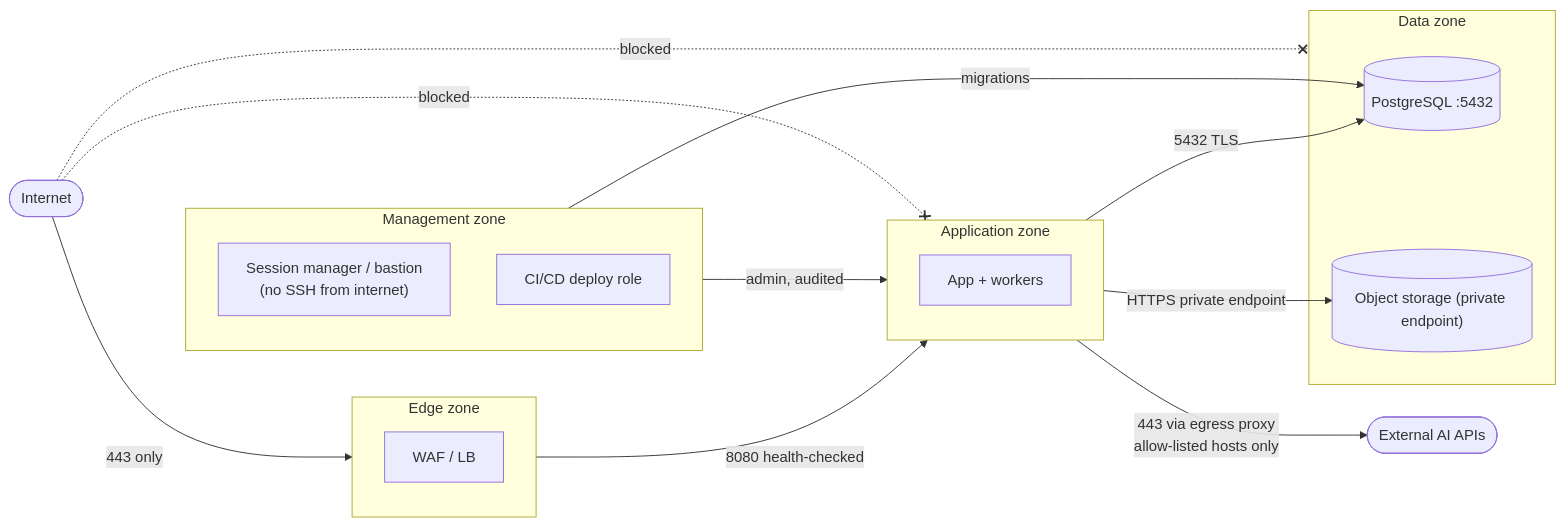
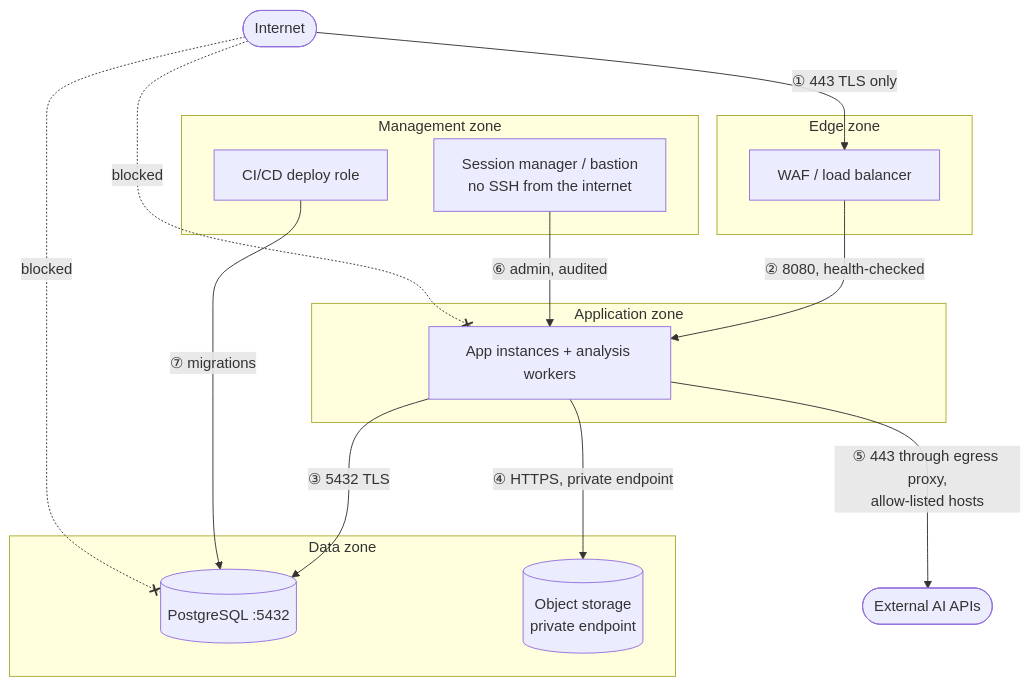
The diagram in docs/diagrams/12-network-zones.mmd (SarvariVin/ttb-label-verification), drawn with Mermaid before and after one commit. The commit also changed 251 other files, not shown here.

```diff
--- a/docs/diagrams/12-network-zones.mmd
+++ b/docs/diagrams/12-network-zones.mmd
@@ -1,25 +1,28 @@
-%% Infrastructure — network zones and allowed flows (deny by default)
-flowchart LR
-    internet(["Internet"]) -->|"443 only"| edge
+%% Infrastructure — network zones; deny by default, numbered flows are the only ones allowed
+flowchart TB
+    internet(["Internet"])
     subgraph edge["Edge zone"]
-        waf["WAF / LB"]
+        waf["WAF / load balancer"]
     end
     subgraph app["Application zone"]
-        svc["App + workers"]
+        svc["App instances + analysis workers"]
     end
     subgraph data["Data zone"]
         db[("PostgreSQL :5432")]
-        obj[("Object storage (private endpoint)")]
+        obj[("Object storage<br/>private endpoint")]
     end
     subgraph mgmt["Management zone"]
-        bastion["Session manager / bastion<br/>(no SSH from internet)"]
+        bastion["Session manager / bastion<br/>no SSH from the internet"]
         ci["CI/CD deploy role"]
     end
-    edge -->|"8080 health-checked"| app
-    app -->|"5432 TLS"| db
-    app -->|"HTTPS private endpoint"| obj
-    app -->|"443 via egress proxy<br/>allow-listed hosts only"| out(["External AI APIs"])
-    mgmt -->|"admin, audited"| app
-    mgmt -->|"migrations"| db
-    internet -. "blocked" .-x data
-    internet -. "blocked" .-x app
+    out(["External AI APIs"])
+
+    internet -->|"① 443 TLS only"| waf
+    waf -->|"② 8080, health-checked"| svc
+    svc -->|"③ 5432 TLS"| db
+    svc -->|"④ HTTPS, private endpoint"| obj
+    svc -->|"⑤ 443 through egress proxy,<br/>allow-listed hosts"| out
+    bastion -->|"⑥ admin, audited"| svc
+    ci -->|"⑦ migrations"| db
+    internet -. "blocked" .-x svc
+    internet -. "blocked" .-x db
```
